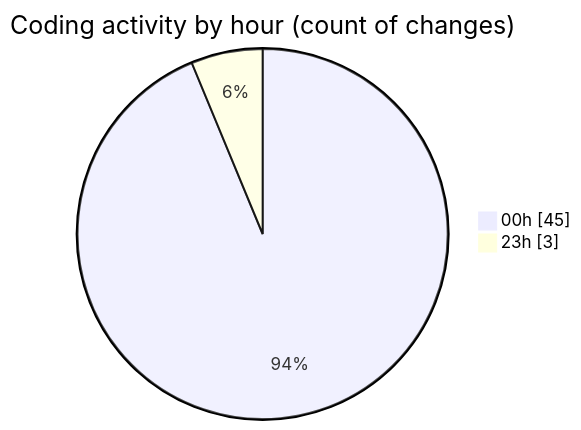
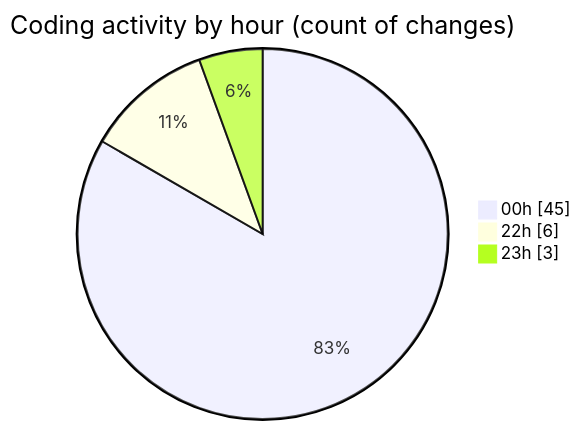
The second of 2 diagrams in 2025-07-29/javascript/README.md (Ritupan-Deka/code-tracking), drawn with Mermaid before and after one commit. The commit also changed other lines of this file and 1 other file, not shown here.

````diff
--- a/2025-07-29/javascript/README.md
+++ b/2025-07-29/javascript/README.md
@@ -28,6 +29,7 @@
 ```mermaid
 pie showData
 title Coding activity by hour (count of changes)
 "00h" : 45
+"22h" : 6
 "23h" : 3
 ```
````
